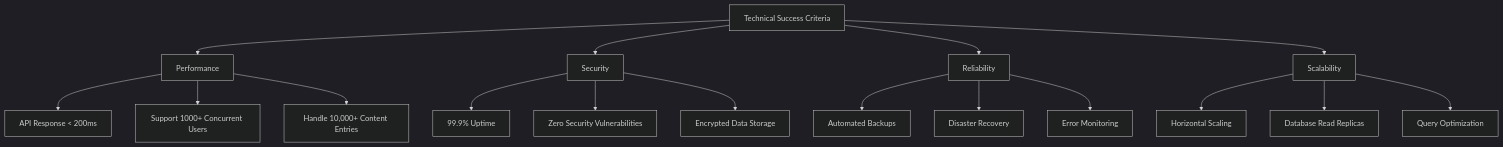
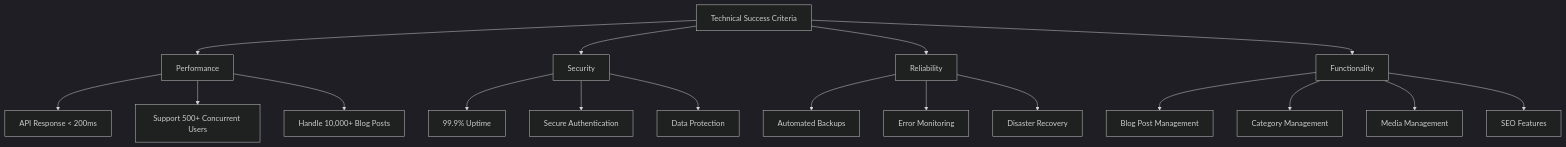
Before and after one commit to Dragon745/Content-Management-System: the third of 5 diagrams in ROADMAP.md, drawn with Mermaid (dark theme). The commit also changed other lines of this file and 1 other file, not shown here.

````diff
--- a/ROADMAP.md
+++ b/ROADMAP.md
@@ -693,23 +528,24 @@
 ```mermaid
 graph TD
     A[Technical Success Criteria] --> B[Performance]
     A --> C[Security]
     A --> D[Reliability]
-    A --> E[Scalability]
+    A --> E[Functionality]
 
     B --> B1[API Response < 200ms]
-    B --> B2[Support 1000+ Concurrent Users]
-    B --> B3[Handle 10,000+ Content Entries]
+    B --> B2[Support 500+ Concurrent Users]
+    B --> B3[Handle 10,000+ Blog Posts]
 
     C --> C1[99.9% Uptime]
-    C --> C2[Zero Security Vulnerabilities]
-    C --> C3[Encrypted Data Storage]
+    C --> C2[Secure Authentication]
+    C --> C3[Data Protection]
 
     D --> D1[Automated Backups]
-    D --> D2[Disaster Recovery]
-    D --> D3[Error Monitoring]
+    D --> D2[Error Monitoring]
+    D --> D3[Disaster Recovery]
 
-    E --> E1[Horizontal Scaling]
-    E --> E2[Database Read Replicas]
-    E --> E3[Query Optimization]
+    E --> E1[Blog Post Management]
+    E --> E2[Category Management]
+    E --> E3[Media Management]
+    E --> E4[SEO Features]
 ```
````
